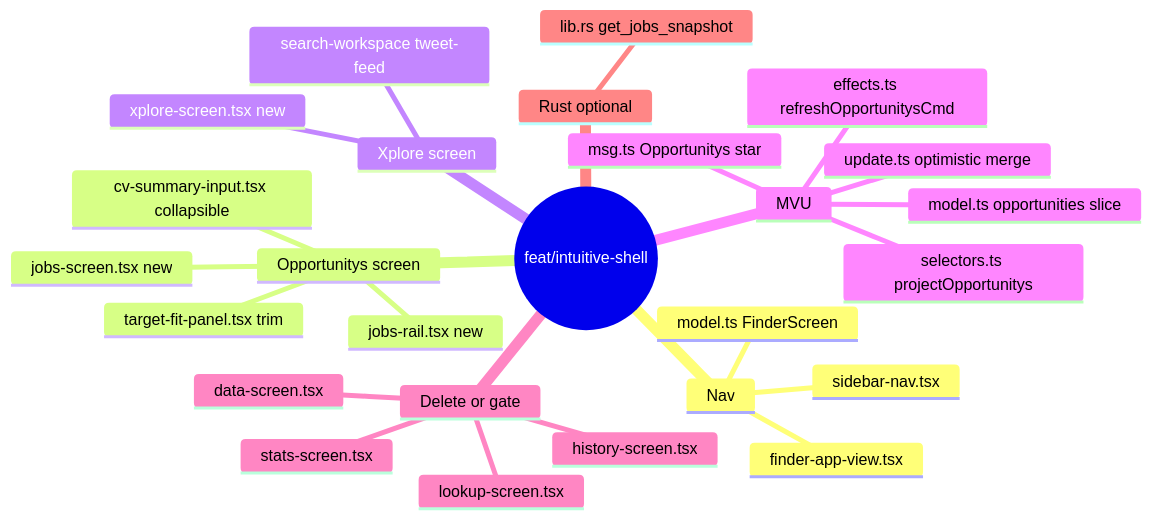
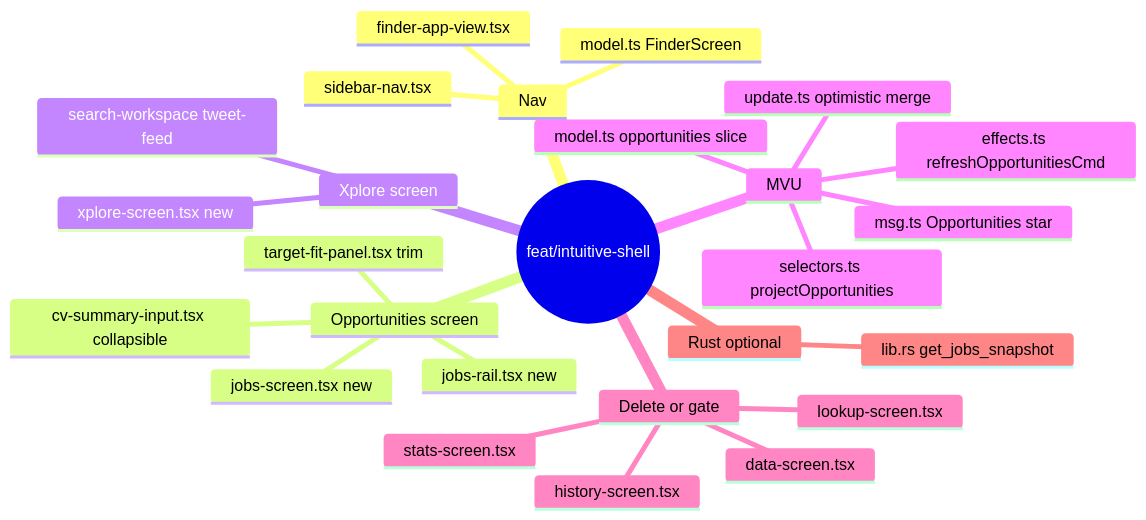
One commit to p10ns11y/collab-finder changed diagram 11 of 13 in reports/single-pr-intuitive-product.md. Above: the diagram before and after it, drawn with Mermaid. The commit also changed other lines of this file and 11 other files, not shown here.

````diff
--- a/reports/single-pr-intuitive-product.md
+++ b/reports/single-pr-intuitive-product.md
@@ -423,29 +423,29 @@
 ```mermaid
 mindmap
   root((feat/intuitive-shell))
     Nav
       sidebar-nav.tsx
       finder-app-view.tsx
       model.ts FinderScreen
-    Opportunitys screen
+    Opportunities screen
       jobs-screen.tsx new
       jobs-rail.tsx new
       target-fit-panel.tsx trim
       cv-summary-input.tsx collapsible
     Xplore screen
       xplore-screen.tsx new
       search-workspace tweet-feed
     MVU
       model.ts opportunities slice
-      msg.ts Opportunitys star
+      msg.ts Opportunities star
       update.ts optimistic merge
-      effects.ts refreshOpportunitysCmd
-      selectors.ts projectOpportunitys
+      effects.ts refreshOpportunitiesCmd
+      selectors.ts projectOpportunities
     Delete or gate
       history-screen.tsx
       data-screen.tsx
       stats-screen.tsx
       lookup-screen.tsx
     Rust optional
       lib.rs get_jobs_snapshot
 ```
````
